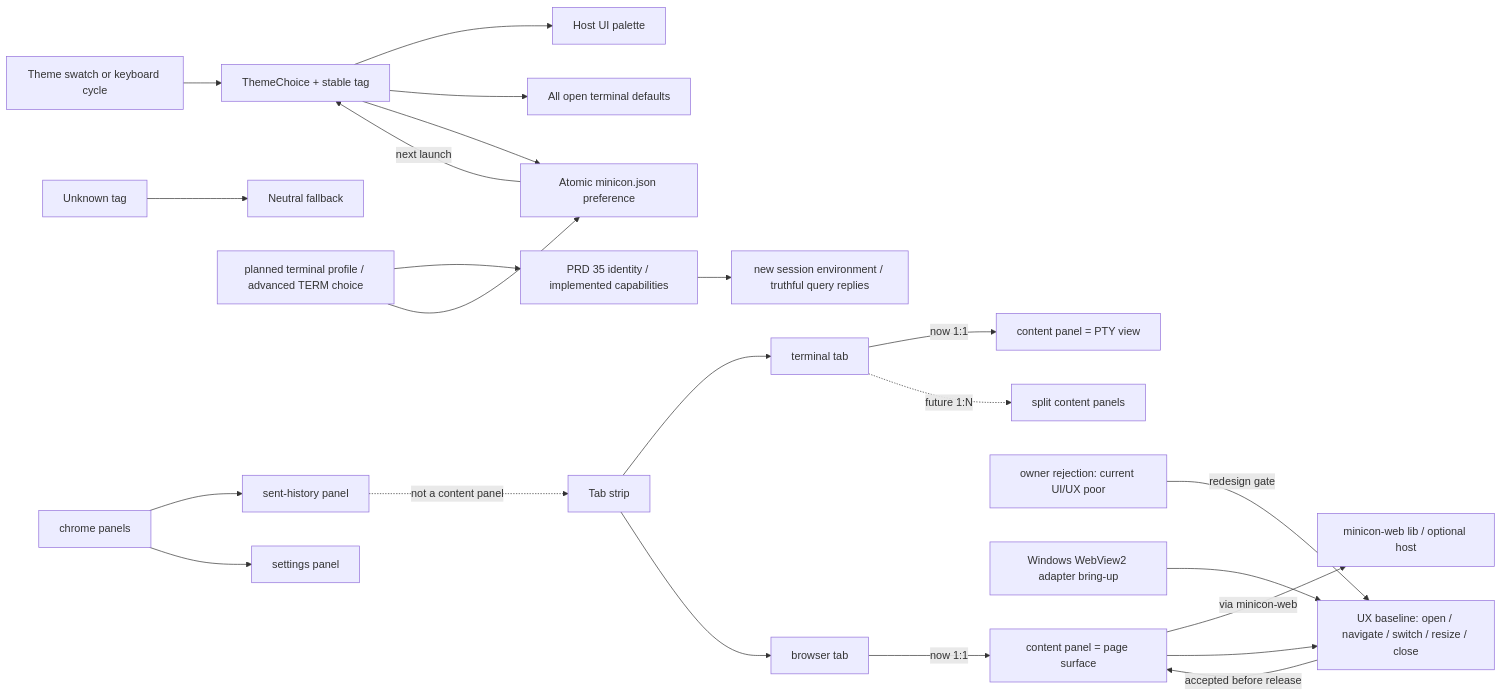
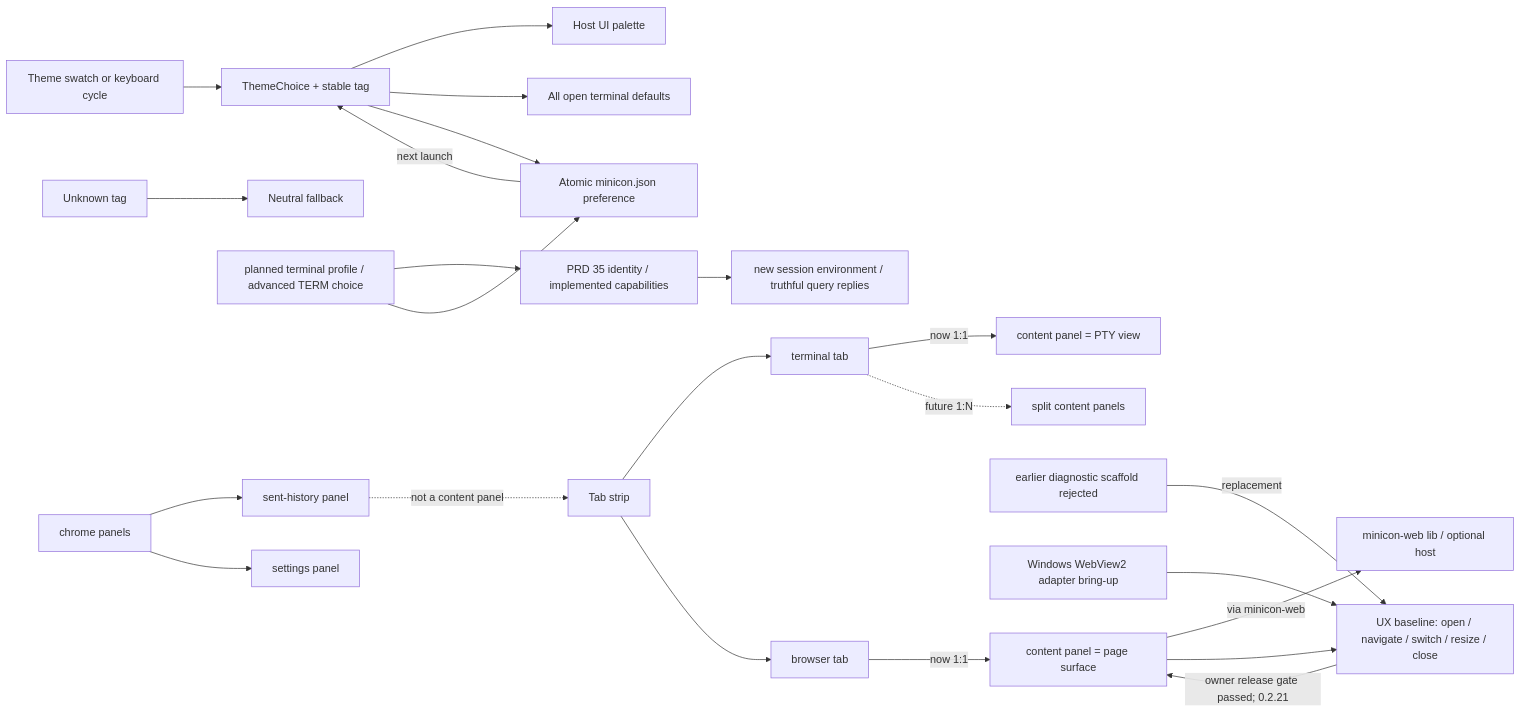
The first of 2 diagrams in prd/PRD_02_25_con_workspace.md (partnernetsoftware/minicon), drawn with Mermaid before and after one commit. The commit also changed other lines of this file and 14 other files, not shown here.

````diff
--- a/prd/PRD_02_25_con_workspace.md
+++ b/prd/PRD_02_25_con_workspace.md
@@ -52,25 +52,25 @@
 ```mermaid
 flowchart LR
     Choice["Theme swatch or keyboard cycle"] --> T["ThemeChoice + stable tag"]
     T --> Host["Host UI palette"]
     T --> Tabs["All open terminal defaults"]
     T --> Save["Atomic minicon.json preference"]
     Save -->|next launch| T
     Bad["Unknown tag"] --> Default["Neutral fallback"]
     Term["planned terminal profile / advanced TERM choice"] --> Contract["PRD 35 identity / implemented capabilities"]
     Contract --> Spawn["new session environment / truthful query replies"]
     Term --> Save
     Strip["Tab strip"] --> TermTab["terminal tab"]
     Strip --> BrTab["browser tab"]
     TermTab -->|"now 1:1"| TermCP["content panel = PTY view"]
     BrTab -->|"now 1:1"| BrCP["content panel = page surface"]
     BrCP -->|"via minicon-web"| Web["minicon-web lib / optional host"]
     BrCP --> UX["UX baseline: open / navigate / switch / resize / close"]
-    BadUX["owner rejection: current UI/UX poor"] -->|"redesign gate"| UX
+    BadUX["earlier diagnostic scaffold rejected"] -->|"replacement"| UX
     WinWeb["Windows WebView2 adapter bring-up"] --> UX
-    UX -->|"accepted before release"| BrCP
+    UX -->|"owner release gate passed; 0.2.21"| BrCP
     TermTab -.->|"future 1:N"| Multi["split content panels"]
     Chrome["chrome panels"] --> Hist["sent-history panel"]
     Chrome --> Sett["settings panel"]
     Hist -.->|"not a content panel"| Strip
 ```
````
